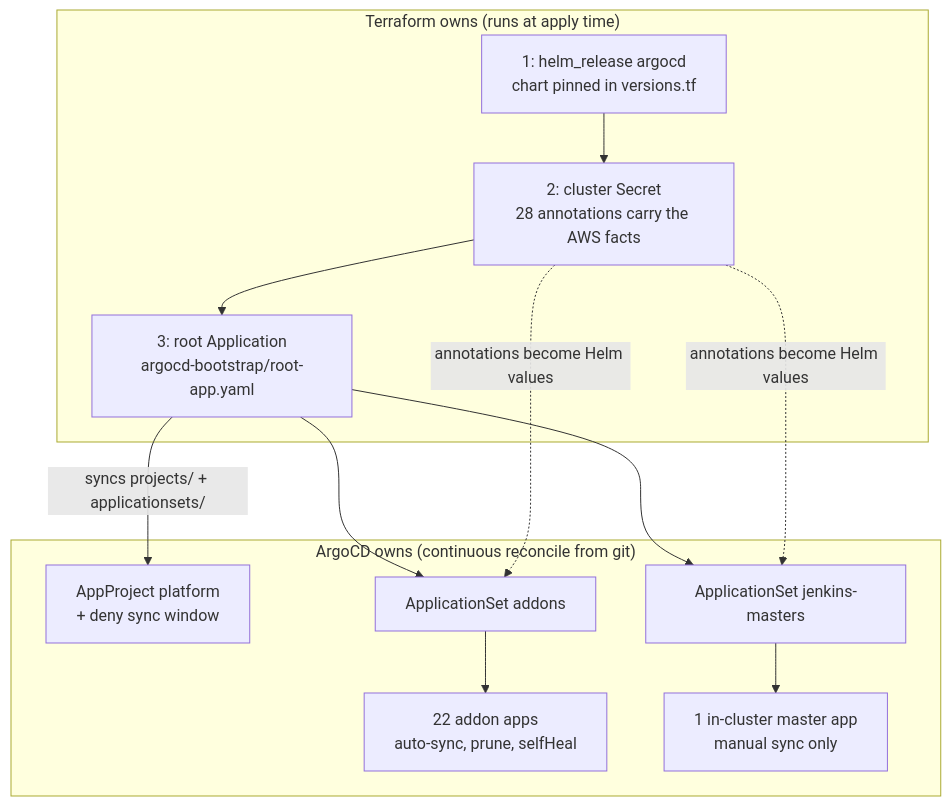
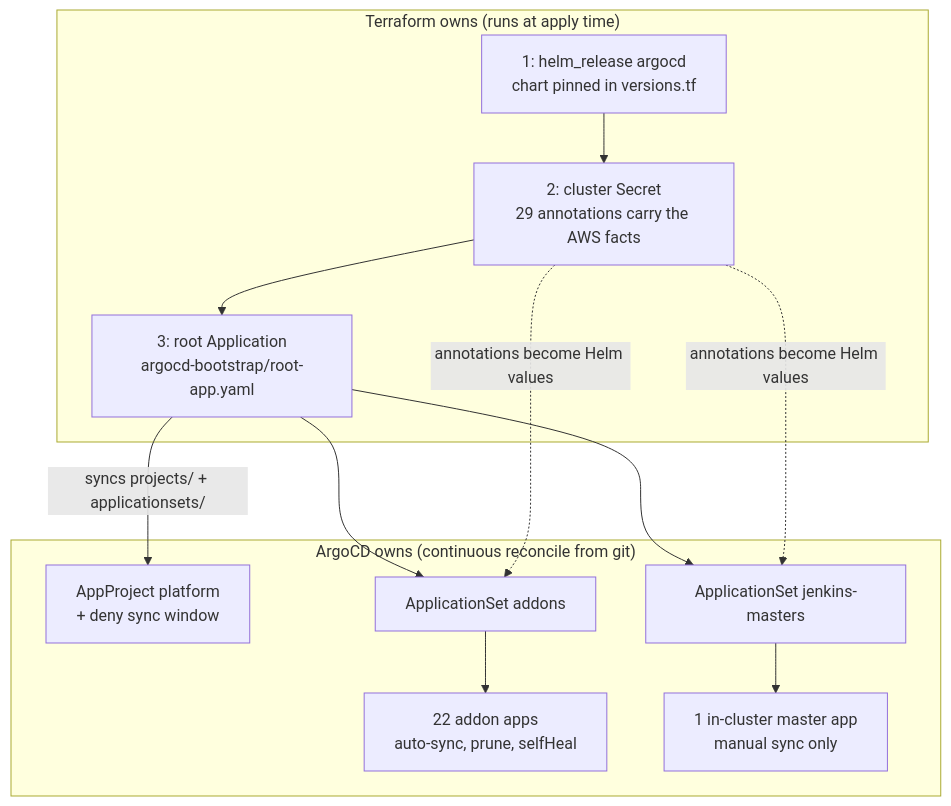
The first of 2 diagrams in docs/argocd-bootstrap.md (percona/percona-cd-platform), drawn with Mermaid before and after one commit. The commit also changed other lines of this file, not shown here.

````diff
--- a/docs/argocd-bootstrap.md
+++ b/docs/argocd-bootstrap.md
@@ -37,25 +37,25 @@
 ```mermaid
 flowchart TB
     subgraph tf["Terraform owns (runs at apply time)"]
         helm["1: helm_release argocd<br/>chart pinned in versions.tf"]
-        secret["2: cluster Secret<br/>28 annotations carry the AWS facts"]
+        secret["2: cluster Secret<br/>29 annotations carry the AWS facts"]
         root["3: root Application<br/>argocd-bootstrap/root-app.yaml"]
         helm --> secret --> root
     end
 
     subgraph gitops["ArgoCD owns (continuous reconcile from git)"]
         proj["AppProject platform<br/>+ deny sync window"]
         as1["ApplicationSet addons"]
         as2["ApplicationSet jenkins-masters"]
         apps1["22 addon apps<br/>auto-sync, prune, selfHeal"]
         apps2["1 in-cluster master app<br/>manual sync only"]
         as1 --> apps1
         as2 --> apps2
     end
 
     root -- "syncs projects/ + applicationsets/" --> proj
     root --> as1
     root --> as2
     secret -. "annotations become Helm values" .-> as1
     secret -. "annotations become Helm values" .-> as2
 ```
````
